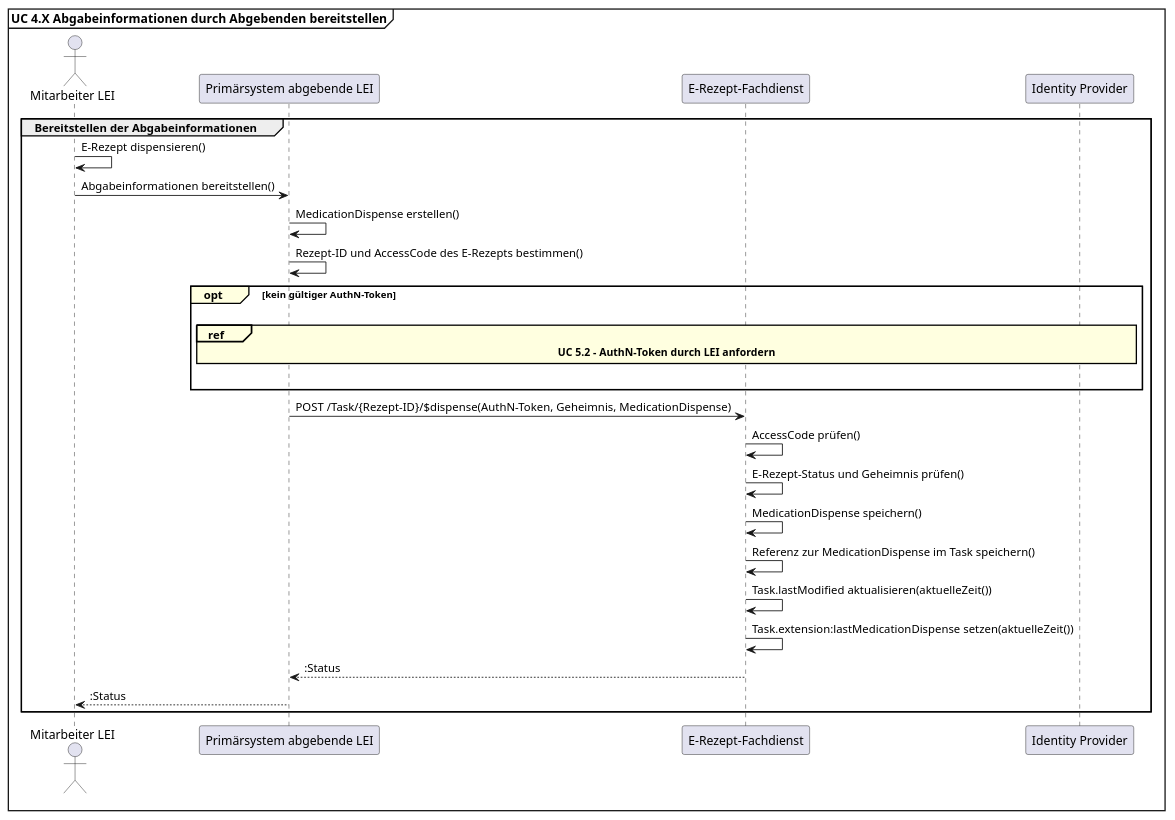
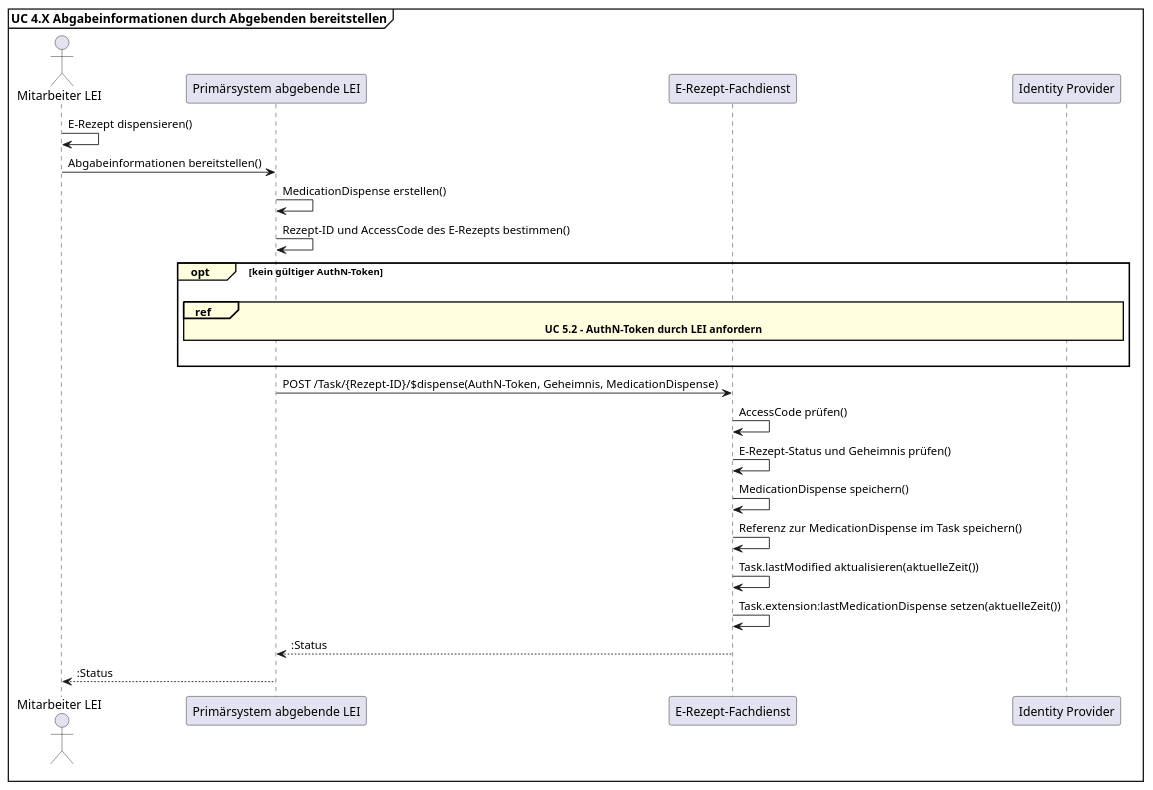
The diagram in puml/uc_abgabeinformationen_bereitstellen.puml (gematik/api-erp), drawn with PlantUML before and after one commit. The commit also changed 1 other file, not shown here.

Commit message:
Remove group box uc_abgabeinformationen

```diff
--- a/puml/uc_abgabeinformationen_bereitstellen.puml
+++ b/puml/uc_abgabeinformationen_bereitstellen.puml
@@ -1,33 +1,30 @@
 @startuml Abgabeinformationen bereitstellen
 skinparam sequenceReferenceBackgroundColor LightYellow
 mainframe **UC 4.X Abgabeinformationen durch Abgebenden bereitstellen**
 
 actor "Mitarbeiter LEI" as Apotheker
 participant "Primärsystem abgebende LEI" as AVS
 participant "E-Rezept-Fachdienst" as FD
 participant "Identity Provider" as IDP
 
-
-group Bereitstellen der Abgabeinformationen
 Apotheker -> Apotheker: E-Rezept dispensieren()
 Apotheker -> AVS: Abgabeinformationen bereitstellen()
 AVS -> AVS: MedicationDispense erstellen()
 AVS -> AVS: Rezept-ID und AccessCode des E-Rezepts bestimmen()
 opt#LightYellow kein gültiger AuthN-Token
 |||
 ref#LightYellow over FD, AVS, IDP: <b>UC 5.2 - AuthN-Token durch LEI anfordern</b>
 |||
 end
 AVS -> FD: POST /Task/{Rezept-ID}/$dispense(AuthN-Token, Geheimnis, MedicationDispense)
 
 FD -> FD: AccessCode prüfen()
 FD -> FD: E-Rezept-Status und Geheimnis prüfen()
 FD -> FD: MedicationDispense speichern()
 FD -> FD: Referenz zur MedicationDispense im Task speichern()
 FD -> FD: Task.lastModified aktualisieren(aktuelleZeit())
 FD -> FD: Task.extension:lastMedicationDispense setzen(aktuelleZeit())
 FD --> AVS: :Status
 AVS --> Apotheker: :Status
-end
 
 @enduml
```
